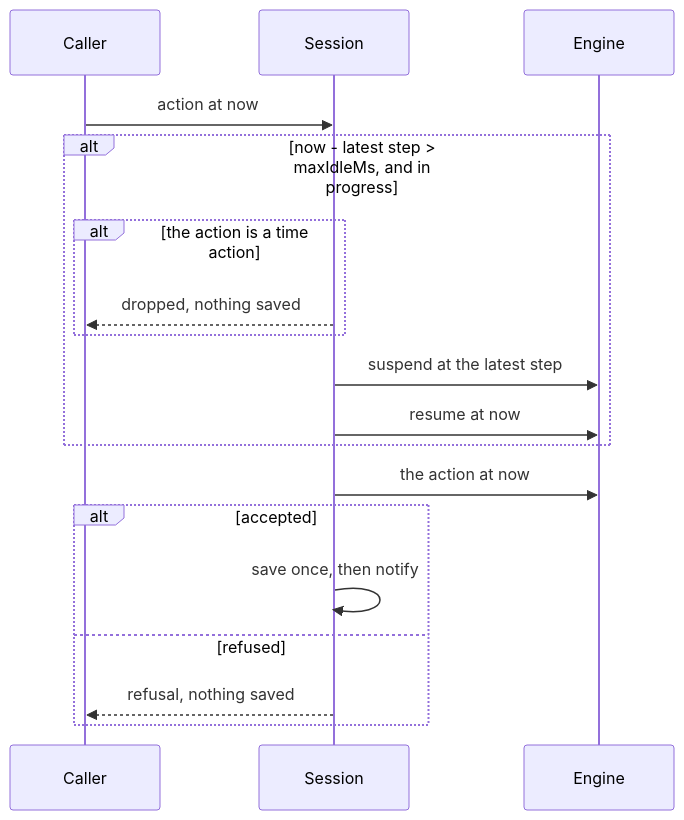
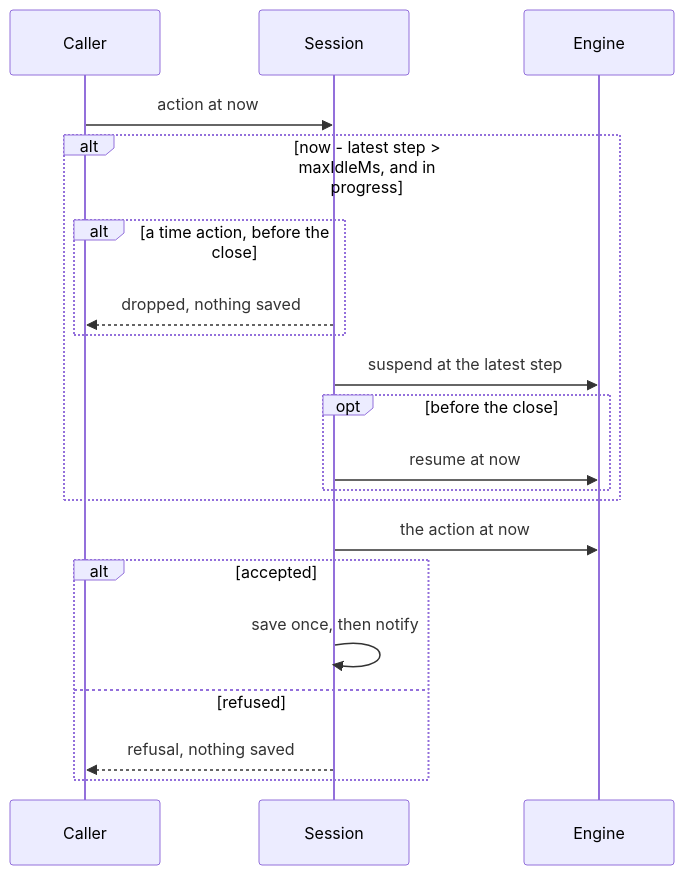
One commit to assesskit/assesskit changed the second of 3 diagrams in docs/player/client.md. Above: the diagram before and after it, drawn with Mermaid. The commit also changed other lines of this file and 6 other files, not shown here.

First line of the commit message:
End a session at its close when a time action finds a gap above maxIdleMs

````diff
--- a/docs/player/client.md
+++ b/docs/player/client.md
@@ -161,20 +161,22 @@
 ```mermaid
 sequenceDiagram
   participant C as Caller
   participant S as Session
   participant E as Engine
   C->>S: action at now
   alt now - latest step > maxIdleMs, and in progress
-    alt the action is a time action
+    alt a time action, before the close
       S-->>C: dropped, nothing saved
     end
     S->>E: suspend at the latest step
-    S->>E: resume at now
+    opt before the close
+      S->>E: resume at now
+    end
   end
   S->>E: the action at now
   alt accepted
     S->>S: save once, then notify
   else refused
     S-->>C: refusal, nothing saved
   end
 ```
````
